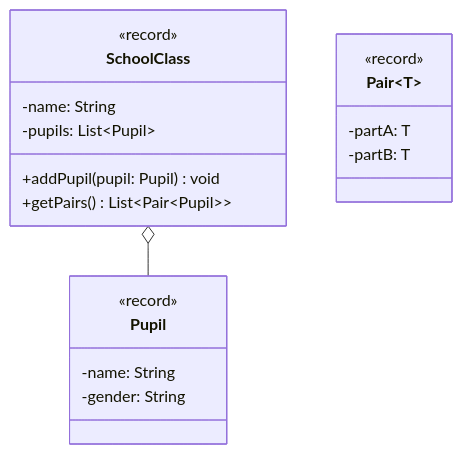
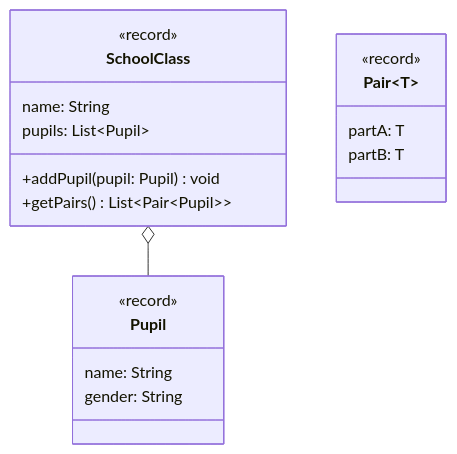
One commit to jappuccini/java-docs changed the diagram in docs/exercises/generics/generics03.mdx. Above: the diagram before and after it, drawn with Mermaid. The commit also changed 33 other files, not shown here.

````diff
--- a/docs/exercises/generics/generics03.mdx
+++ b/docs/exercises/generics/generics03.mdx
@@ -15,24 +15,24 @@
 ```mermaid
 classDiagram
     SchoolClass o-- Pupil
 
     class Pair~T~ {
         <<record>>
-        -partA: T
-        -partB: T
+        partA: T
+        partB: T
     }
 
     class SchoolClass {
         <<record>>
-        -name: String
-        -pupils: List~Pupil~
+        name: String
+        pupils: List~Pupil~
         +addPupil(pupil: Pupil) void
         +getPairs() List~Pair~Pupil~~
     }
 
     class Pupil {
         <<record>>
-        -name: String
-        -gender: String
+        name: String
+        gender: String
     }
 ```
````
